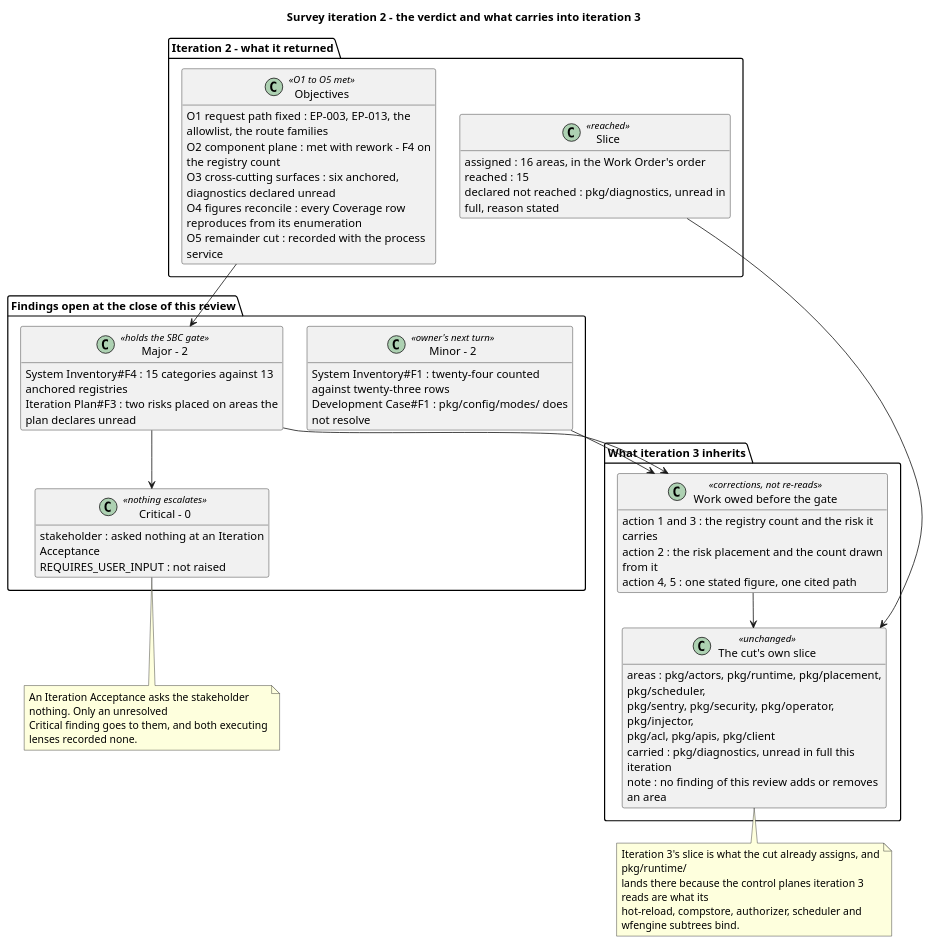
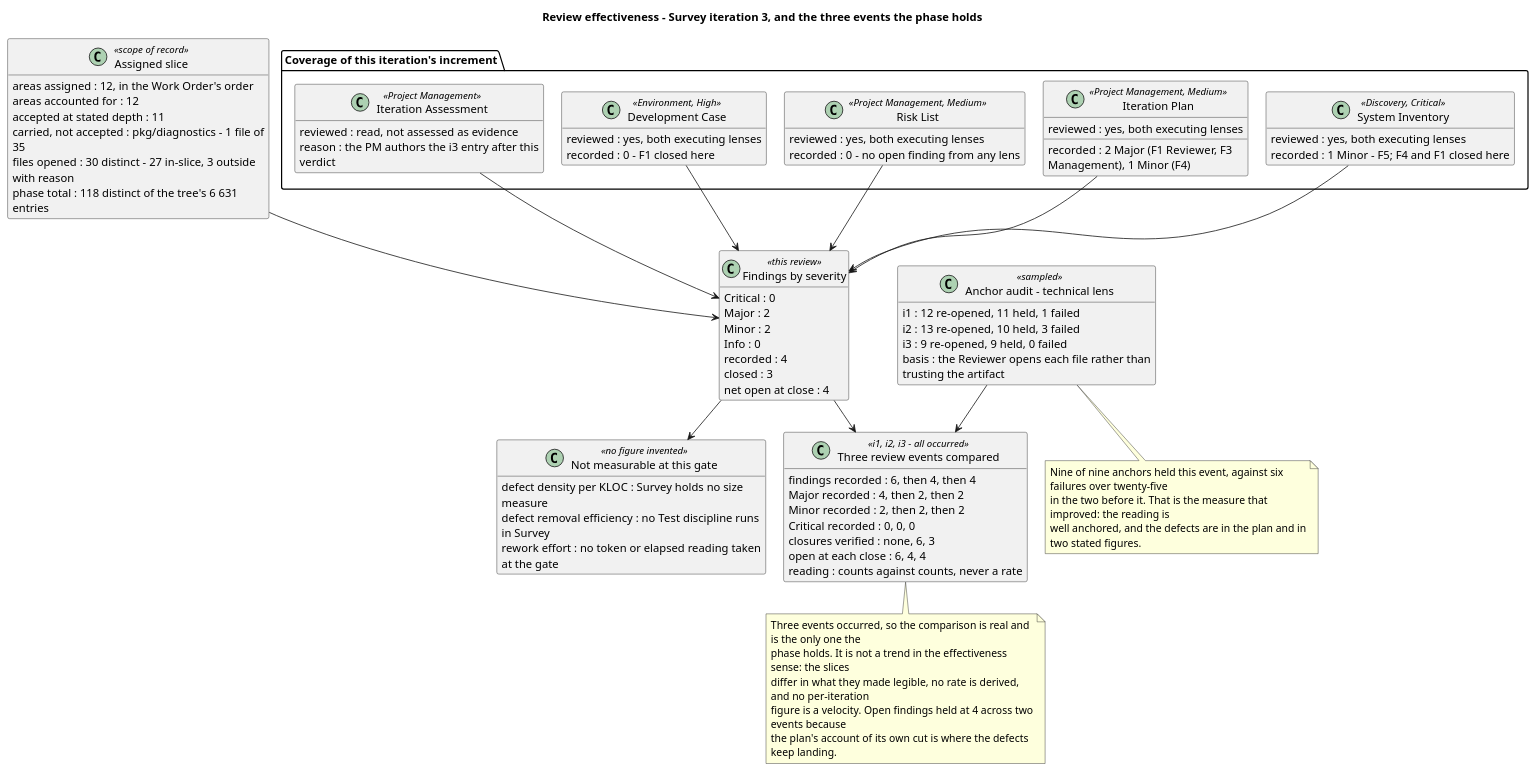
One commit to banense-test/dapr changed diagram 14 of 14 in docs/artifacts/project-management/review-record.md. Above: the diagram before and after it, drawn with PlantUML. The commit also changed other lines of this file, not shown here.

Commit message:
Review Coordinator [Survey3]: upsert Review Record
[skip ci]

````diff
--- a/docs/artifacts/project-management/review-record.md
+++ b/docs/artifacts/project-management/review-record.md
@@ -1410,72 +1367,98 @@
 ```plantuml
 @startuml
-title Survey iteration 2 - the verdict and what carries into iteration 3
+title Review effectiveness - Survey iteration 3, and the three events the phase holds
 hide empty members
 skinparam classAttributeIconSize 0
 skinparam wrapWidth 330
-skinparam nodesep 30
-skinparam ranksep 44
+skinparam ranksep 40
+skinparam nodesep 22
 
-package "Iteration 2 - what it returned" {
-  class "Objectives" as OBJ <<O1 to O5 met>> {
-    O1 request path fixed : EP-003, EP-013, the allowlist, the route families
-    O2 component plane : met with rework - F4 on the registry count
-    O3 cross-cutting surfaces : six anchored, diagnostics declared unread
-    O4 figures reconcile : every Coverage row reproduces from its enumeration
-    O5 remainder cut : recorded with the process service
+package "Coverage of this iteration's increment" {
+  class "System Inventory" as SI <<Discovery, Critical>> {
+    reviewed : yes, both executing lenses
+    recorded : 1 Minor - F5; F4 and F1 closed here
   }
-  class "Slice" as SL <<reached>> {
-    assigned : 16 areas, in the Work Order's order
-    reached : 15
-    declared not reached : pkg/diagnostics, unread in full, reason stated
+  class "Iteration Plan" as IP <<Project Management, Medium>> {
+    reviewed : yes, both executing lenses
+    recorded : 2 Major (F1 Reviewer, F3 Management), 1 Minor (F4)
+  }
+  class "Risk List" as RL <<Project Management, Medium>> {
+    reviewed : yes, both executing lenses
+    recorded : 0 - no open finding from any lens
+  }
+  class "Development Case" as DC <<Environment, High>> {
+    reviewed : yes, both executing lenses
+    recorded : 0 - F1 closed here
+  }
+  class "Iteration Assessment" as IA <<Project Management>> {
+    reviewed : read, not assessed as evidence
+    reason : the PM authors the i3 entry after this verdict
   }
 }
 
-package "Findings open at the close of this review" {
-  class "Major - 2" as MAJ <<holds the SBC gate>> {
-    System Inventory#F4 : 15 categories against 13 anchored registries
-    Iteration Plan#F3 : two risks placed on areas the plan declares unread
-  }
-  class "Minor - 2" as MIN <<owner's next turn>> {
-    System Inventory#F1 : twenty-four counted against twenty-three rows
-    Development Case#F1 : pkg/config/modes/ does not resolve
-  }
-  class "Critical - 0" as CRIT <<nothing escalates>> {
-    stakeholder : asked nothing at an Iteration Acceptance
-    REQUIRES_USER_INPUT : not raised
-  }
+class "Assigned slice" as SLICE <<scope of record>> {
+  areas assigned : 12, in the Work Order's order
+  areas accounted for : 12
+  accepted at stated depth : 11
+  carried, not accepted : pkg/diagnostics - 1 file of 35
+  files opened : 30 distinct - 27 in-slice, 3 outside with reason
+  phase total : 118 distinct of the tree's 6 631 entries
 }
 
-package "What iteration 3 inherits" {
-  class "The cut's own slice" as NEXT <<unchanged>> {
-    areas : pkg/actors, pkg/runtime, pkg/placement, pkg/scheduler,
-            pkg/sentry, pkg/security, pkg/operator, pkg/injector,
-            pkg/acl, pkg/apis, pkg/client
-    carried : pkg/diagnostics, unread in full this iteration
-    note : no finding of this review adds or removes an area
-  }
-  class "Work owed before the gate" as WORK <<corrections, not re-reads>> {
-    action 1 and 3 : the registry count and the risk it carries
-    action 2 : the risk placement and the count drawn from it
-    action 4, 5 : one stated figure, one cited path
-  }
+class "Findings by severity" as SEV <<this review>> {
+  Critical : 0
+  Major : 2
+  Minor : 2
+  Info : 0
+  recorded : 4
+  closed : 3
+  net open at close : 4
 }
 
-OBJ --> MAJ
-SL --> NEXT
-MAJ --> WORK
-MAJ --> CRIT
-MIN --> WORK
-WORK --> NEXT
+class "Three review events compared" as TREND <<i1, i2, i3 - all occurred>> {
+  findings recorded : 6, then 4, then 4
+  Major recorded : 4, then 2, then 2
+  Minor recorded : 2, then 2, then 2
+  Critical recorded : 0, 0, 0
+  closures verified : none, 6, 3
+  open at each close : 6, 4, 4
+  reading : counts against counts, never a rate
+}
 
-note bottom of CRIT
-  An Iteration Acceptance asks the stakeholder nothing. Only an unresolved
-  Critical finding goes to them, and both executing lenses recorded none.
+class "Anchor audit - technical lens" as AUDIT <<sampled>> {
+  i1 : 12 re-opened, 11 held, 1 failed
+  i2 : 13 re-opened, 10 held, 3 failed
+  i3 : 9 re-opened, 9 held, 0 failed
+  basis : the Reviewer opens each file rather than trusting the artifact
+}
+
+class "Not measurable at this gate" as NM <<no figure invented>> {
+  defect density per KLOC : Survey holds no size measure
+  defect removal efficiency : no Test discipline runs in Survey
+  rework effort : no token or elapsed reading taken at the gate
+}
+
+SLICE --> SEV
+SI --> SEV
+IP --> SEV
+RL --> SEV
+DC --> SEV
+IA --> SEV
+SEV --> TREND
+AUDIT --> TREND
+SEV --> NM
+
+note bottom of TREND
+  Three events occurred, so the comparison is real and is the only one the
+  phase holds. It is not a trend in the effectiveness sense: the slices
+  differ in what they made legible, no rate is derived, and no per-iteration
+  figure is a velocity. Open findings held at 4 across two events because
+  the plan's account of its own cut is where the defects keep landing.
 end note
-note bottom of NEXT
-  Iteration 3's slice is what the cut already assigns, and pkg/runtime/
-  lands there because the control planes iteration 3 reads are what its
-  hot-reload, compstore, authorizer, scheduler and wfengine subtrees bind.
+note bottom of AUDIT
+  Nine of nine anchors held this event, against six failures over twenty-five
+  in the two before it. That is the measure that improved: the reading is
+  well anchored, and the defects are in the plan and in two stated figures.
 end note
 @enduml
 ```
````
